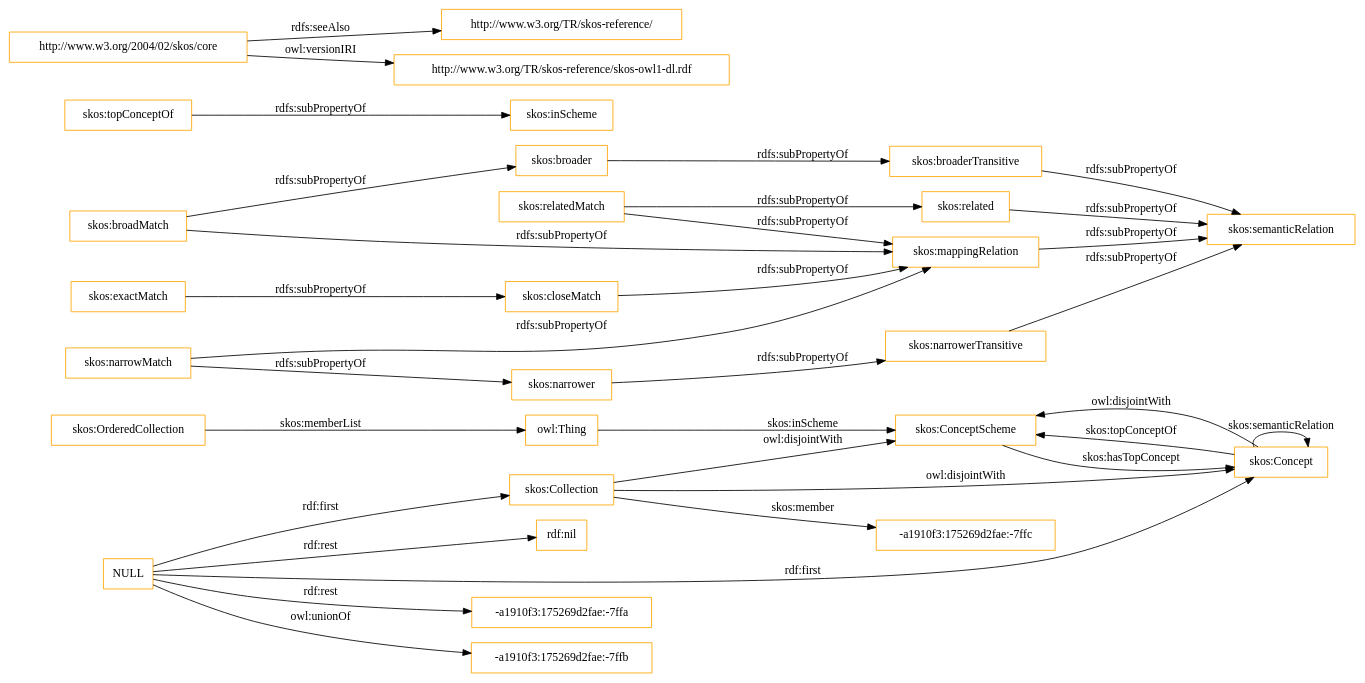
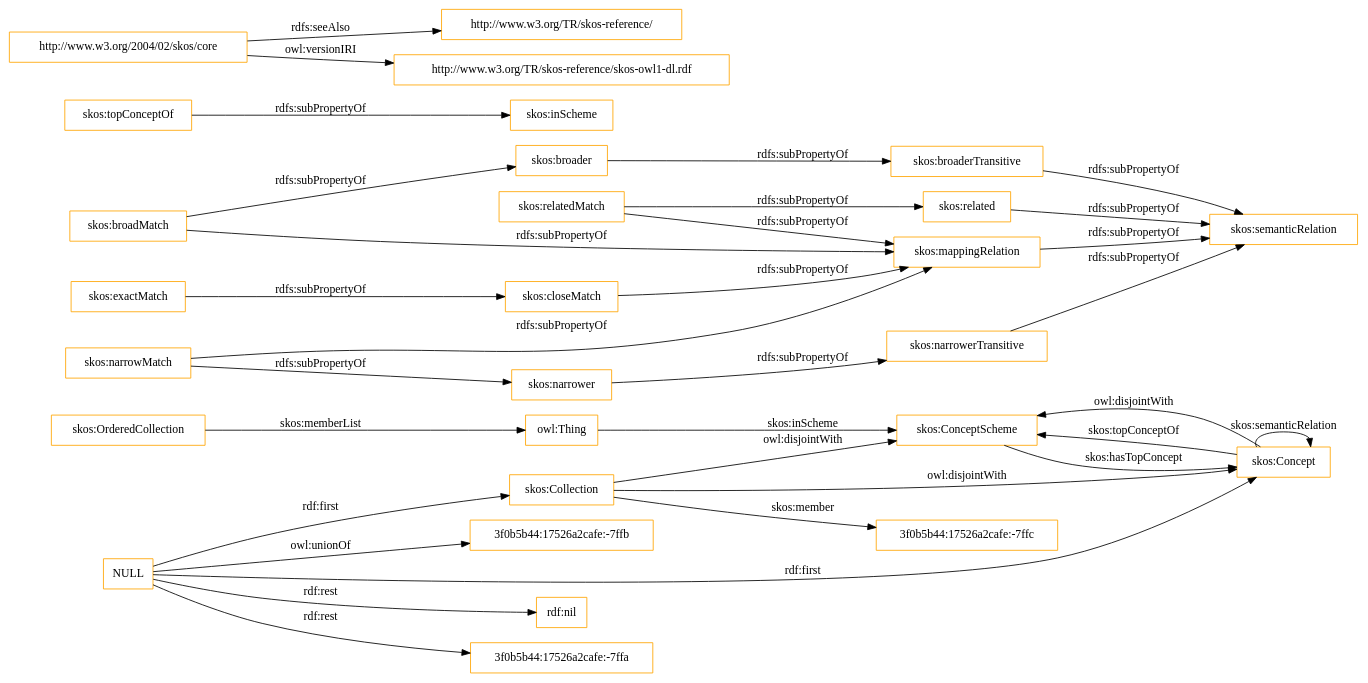
One commit to OnToologyUser/core-ontology-1 changed the diagram in OnToology/imports/skos.owl/diagrams/ar2dtool-class/skos.owl.png.dot. Above: the diagram before and after it, drawn with Graphviz. The commit also changed 14 other files, not shown here.

```diff
--- a/OnToology/imports/skos.owl/diagrams/ar2dtool-class/skos.owl.png.dot
+++ b/OnToology/imports/skos.owl/diagrams/ar2dtool-class/skos.owl.png.dot
@@ -1,37 +1,37 @@
 digraph ar2dtool_diagram { 
 rankdir=LR;
 size="1501"
-node [shape = rectangle, color="orange"]; "skos:OrderedCollection" "skos:ConceptScheme" "skos:Concept" "skos:Collection" "-a1910f3:175269d2fae:-7ffc" ; /*classes style*/
+node [shape = rectangle, color="orange"]; "skos:OrderedCollection" "skos:ConceptScheme" "skos:Concept" "skos:Collection" "3f0b5b44:17526a2cafe:-7ffc" ; /*classes style*/
 	"skos:narrowerTransitive" -> "skos:semanticRelation" [ label = "rdfs:subPropertyOf" ];
-	"NULL" -> "-a1910f3:175269d2fae:-7ffa" [ label = "rdf:rest" ];
-	"NULL" -> "skos:Collection" [ label = "rdf:first" ];
-	"NULL" -> "-a1910f3:175269d2fae:-7ffb" [ label = "owl:unionOf" ];
 	"NULL" -> "rdf:nil" [ label = "rdf:rest" ];
 	"NULL" -> "skos:Concept" [ label = "rdf:first" ];
+	"NULL" -> "3f0b5b44:17526a2cafe:-7ffa" [ label = "rdf:rest" ];
+	"NULL" -> "skos:Collection" [ label = "rdf:first" ];
+	"NULL" -> "3f0b5b44:17526a2cafe:-7ffb" [ label = "owl:unionOf" ];
 	"skos:closeMatch" -> "skos:mappingRelation" [ label = "rdfs:subPropertyOf" ];
 	"skos:Concept" -> "skos:ConceptScheme" [ label = "owl:disjointWith" ];
 	"skos:relatedMatch" -> "skos:related" [ label = "rdfs:subPropertyOf" ];
 	"skos:relatedMatch" -> "skos:mappingRelation" [ label = "rdfs:subPropertyOf" ];
 	"skos:related" -> "skos:semanticRelation" [ label = "rdfs:subPropertyOf" ];
 	"skos:topConceptOf" -> "skos:inScheme" [ label = "rdfs:subPropertyOf" ];
 	"skos:broadMatch" -> "skos:mappingRelation" [ label = "rdfs:subPropertyOf" ];
 	"skos:broadMatch" -> "skos:broader" [ label = "rdfs:subPropertyOf" ];
 	"skos:exactMatch" -> "skos:closeMatch" [ label = "rdfs:subPropertyOf" ];
 	"skos:broaderTransitive" -> "skos:semanticRelation" [ label = "rdfs:subPropertyOf" ];
 	"skos:broader" -> "skos:broaderTransitive" [ label = "rdfs:subPropertyOf" ];
 	"skos:mappingRelation" -> "skos:semanticRelation" [ label = "rdfs:subPropertyOf" ];
 	"http://www.w3.org/2004/02/skos/core" -> "http://www.w3.org/TR/skos-reference/" [ label = "rdfs:seeAlso" ];
 	"http://www.w3.org/2004/02/skos/core" -> "http://www.w3.org/TR/skos-reference/skos-owl1-dl.rdf" [ label = "owl:versionIRI" ];
 	"skos:Collection" -> "skos:ConceptScheme" [ label = "owl:disjointWith" ];
 	"skos:Collection" -> "skos:Concept" [ label = "owl:disjointWith" ];
 	"skos:narrower" -> "skos:narrowerTransitive" [ label = "rdfs:subPropertyOf" ];
 	"skos:narrowMatch" -> "skos:narrower" [ label = "rdfs:subPropertyOf" ];
 	"skos:narrowMatch" -> "skos:mappingRelation" [ label = "rdfs:subPropertyOf" ];
 	"skos:OrderedCollection" -> "owl:Thing" [ label = "skos:memberList" ];
 	"skos:Concept" -> "skos:ConceptScheme" [ label = "skos:topConceptOf" ];
 	"skos:Concept" -> "skos:Concept" [ label = "skos:semanticRelation" ];
-	"skos:Collection" -> "-a1910f3:175269d2fae:-7ffc" [ label = "skos:member" ];
+	"skos:Collection" -> "3f0b5b44:17526a2cafe:-7ffc" [ label = "skos:member" ];
 	"skos:ConceptScheme" -> "skos:Concept" [ label = "skos:hasTopConcept" ];
 	"owl:Thing" -> "skos:ConceptScheme" [ label = "skos:inScheme" ];
 
 }
```
